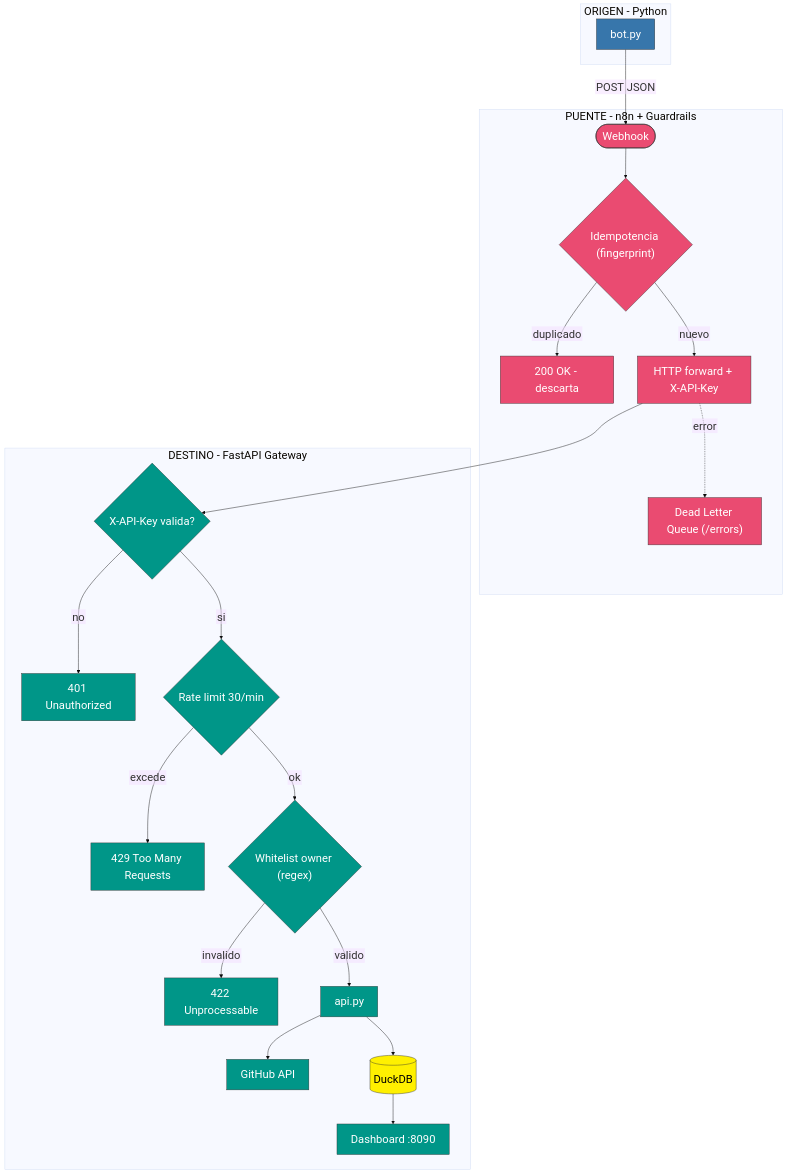
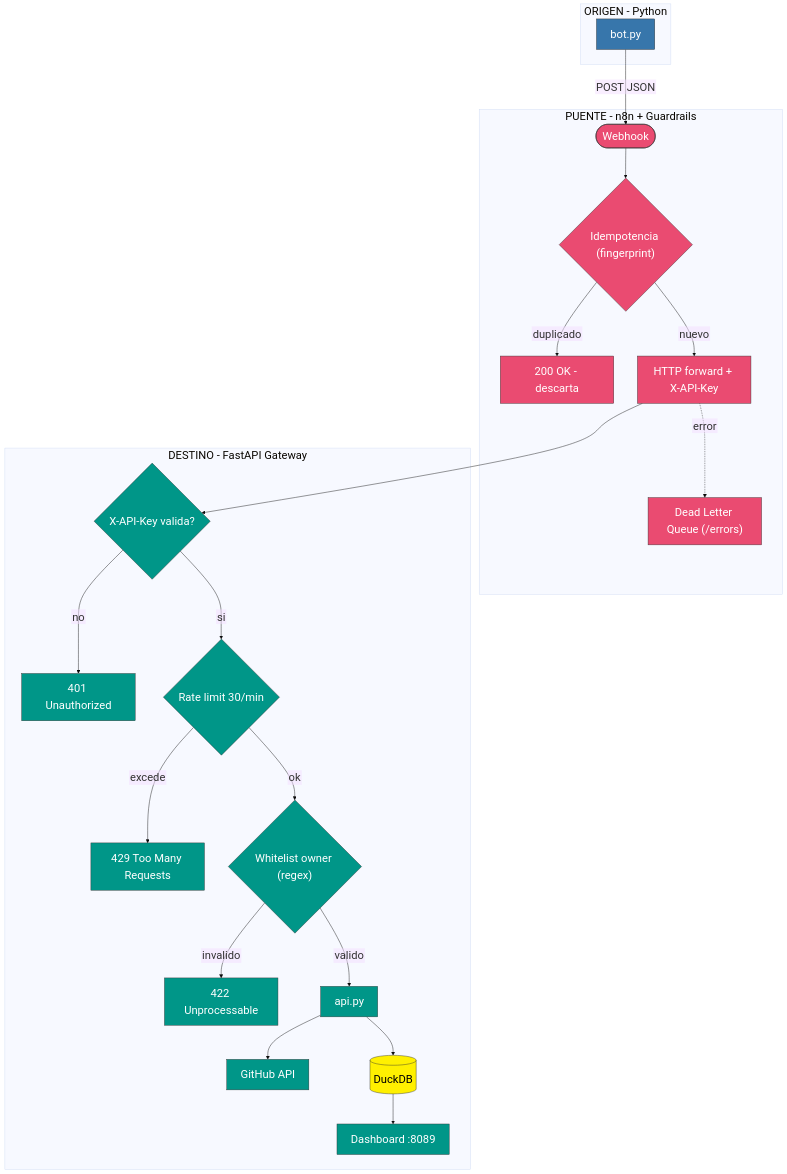
Before and after one commit to vladimiracunadev-create/social-bot-scheduler: the first of 2 diagrams in cases/09-python-to-gateway/ARCHITECTURE.md, drawn with Mermaid. The commit also changed other lines of this file and 26 other files, not shown here.

````diff
--- a/cases/09-python-to-gateway/ARCHITECTURE.md
+++ b/cases/09-python-to-gateway/ARCHITECTURE.md
@@ -29,38 +29,38 @@
 ```mermaid
 %%{init: {'theme':'base','themeVariables':{'fontSize':'26px','fontFamily':'Segoe UI, Arial, sans-serif'},'flowchart':{'useMaxWidth':true,'htmlLabels':false,'nodeSpacing':55,'rankSpacing':70,'padding':16,'diagramPadding':16}}}%%
 flowchart TB
     subgraph ORIGIN["ORIGEN - Python"]
         B["bot.py"]
     end
 
     subgraph BRIDGE["PUENTE - n8n + Guardrails"]
         C(["Webhook"]) --> IDEM{"Idempotencia (fingerprint)"}
         IDEM -->|duplicado| DISCARD["200 OK - descarta"]
         IDEM -->|nuevo| FWD["HTTP forward + X-API-Key"]
         FWD -.->|error| DLQ["Dead Letter Queue (/errors)"]
     end
 
     subgraph DEST["DESTINO - FastAPI Gateway"]
         FWD --> AUTH{"X-API-Key valida?"}
         AUTH -->|no| E401["401 Unauthorized"]
         AUTH -->|si| RL{"Rate limit 30/min"}
         RL -->|excede| E429["429 Too Many Requests"]
         RL -->|ok| WL{"Whitelist owner (regex)"}
         WL -->|invalido| E422["422 Unprocessable"]
         WL -->|valido| API["api.py"]
         API --> GH["GitHub API"]
         API --> DB[("DuckDB")]
-        DB --> DASH["Dashboard :8090"]
+        DB --> DASH["Dashboard :8089"]
     end
 
     B -->|POST JSON| C
 
     classDef origin fill:#3776AB,stroke:#333,color:#fff
     classDef bridge fill:#EA4B71,stroke:#333,color:#fff
     classDef dest fill:#009688,stroke:#333,color:#fff
     classDef db fill:#FFF000,stroke:#333,color:#000
     class B origin
     class C,IDEM,FWD,DLQ,DISCARD bridge
     class AUTH,RL,WL,API,DASH,E401,E429,E422,GH dest
     class DB db
 ```
````
